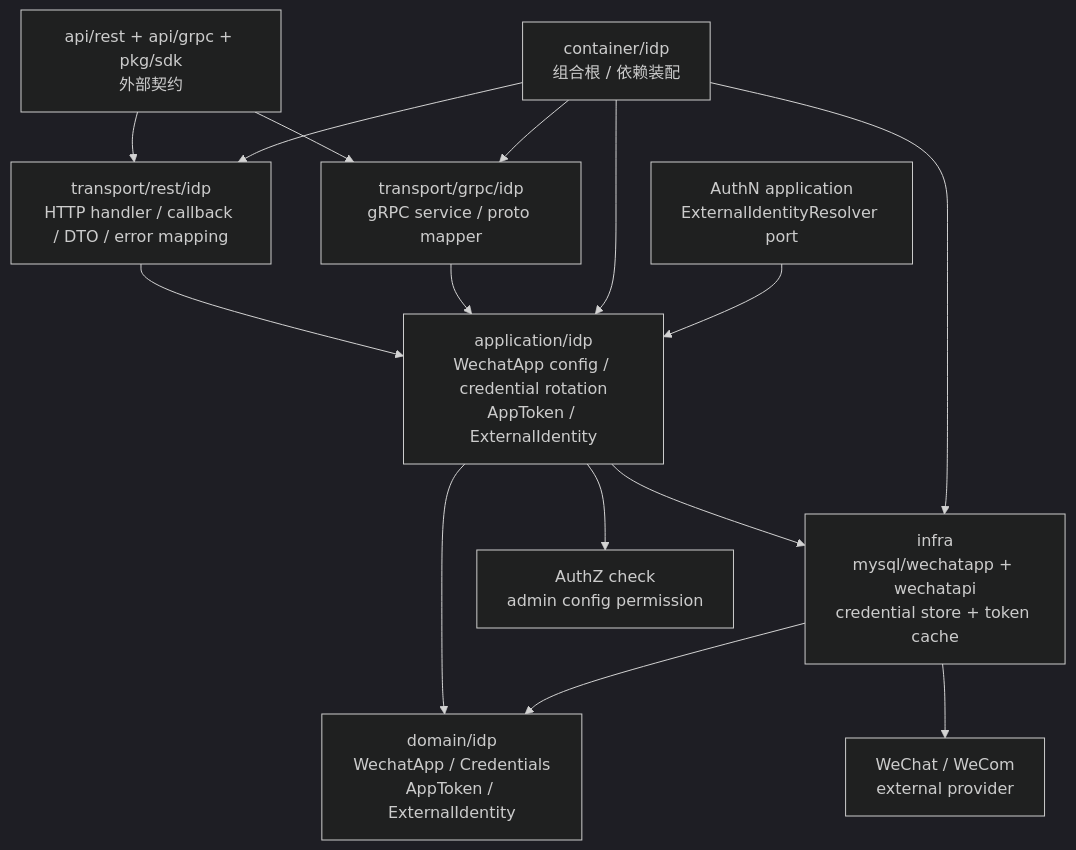
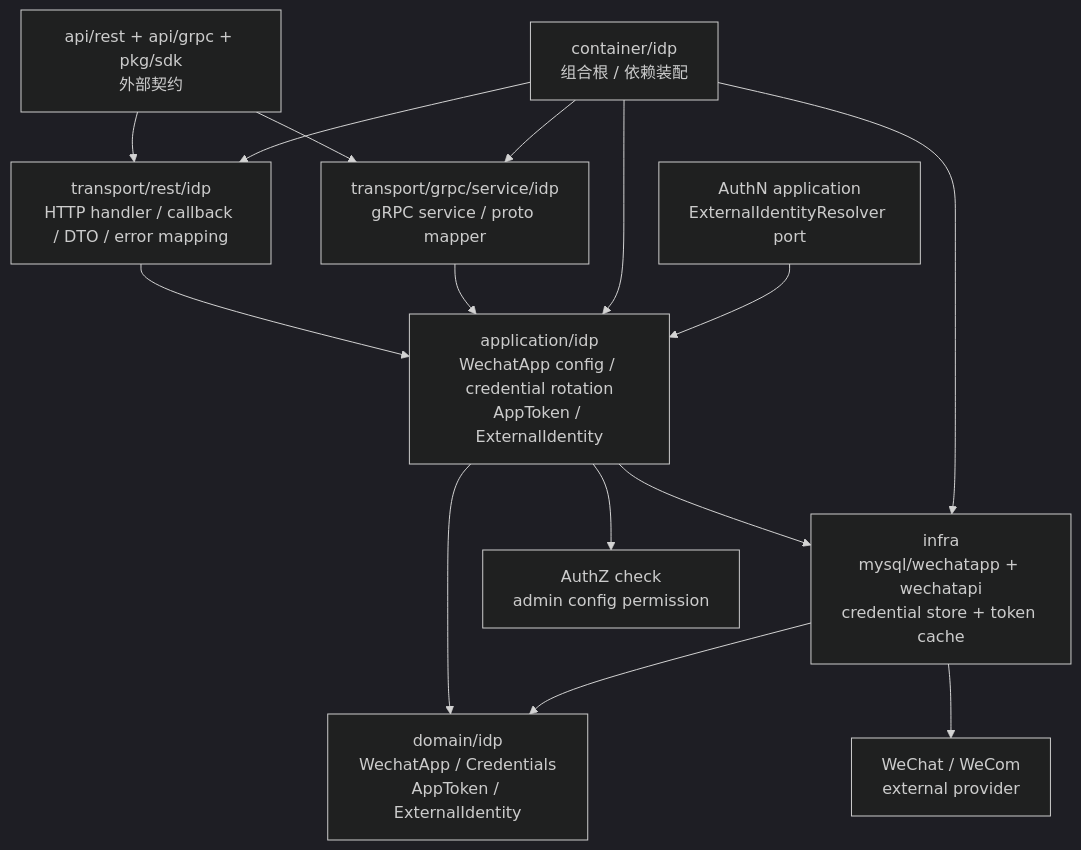
The diagram in docs/02-业务模块/04-IDP/06-分层架构与代码索引.md (FangcunMount/iam), drawn with Mermaid (dark theme) before and after one commit. The commit also changed other lines of this file and 45 other files, not shown here.

````diff
--- a/docs/02-业务模块/04-IDP/06-分层架构与代码索引.md
+++ b/docs/02-业务模块/04-IDP/06-分层架构与代码索引.md
@@ -60,28 +60,28 @@
 ```mermaid
 flowchart TD
     Contract["api/rest + api/grpc + pkg/sdk\n外部契约"]
     Rest["transport/rest/idp\nHTTP handler / callback / DTO / error mapping"]
-    Grpc["transport/grpc/idp\ngRPC service / proto mapper"]
+    Grpc["transport/grpc/service/idp\ngRPC service / proto mapper"]
     App["application/idp\nWechatApp config / credential rotation\nAppToken / ExternalIdentity"]
     Domain["domain/idp\nWechatApp / Credentials\nAppToken / ExternalIdentity"]
     Infra["infra\nmysql/wechatapp + wechatapi\ncredential store + token cache"]
     Container["container/idp\n组合根 / 依赖装配"]
     AuthN["AuthN application\nExternalIdentityResolver port"]
     AuthZ["AuthZ check\nadmin config permission"]
     Provider["WeChat / WeCom\nexternal provider"]
 
     Contract --> Rest
     Contract --> Grpc
     Rest --> App
     Grpc --> App
     App --> Domain
     App --> Infra
     App --> AuthZ
     Infra --> Domain
     Infra --> Provider
     Container --> Rest
     Container --> Grpc
     Container --> App
     Container --> Infra
     AuthN --> App
 ```
````
